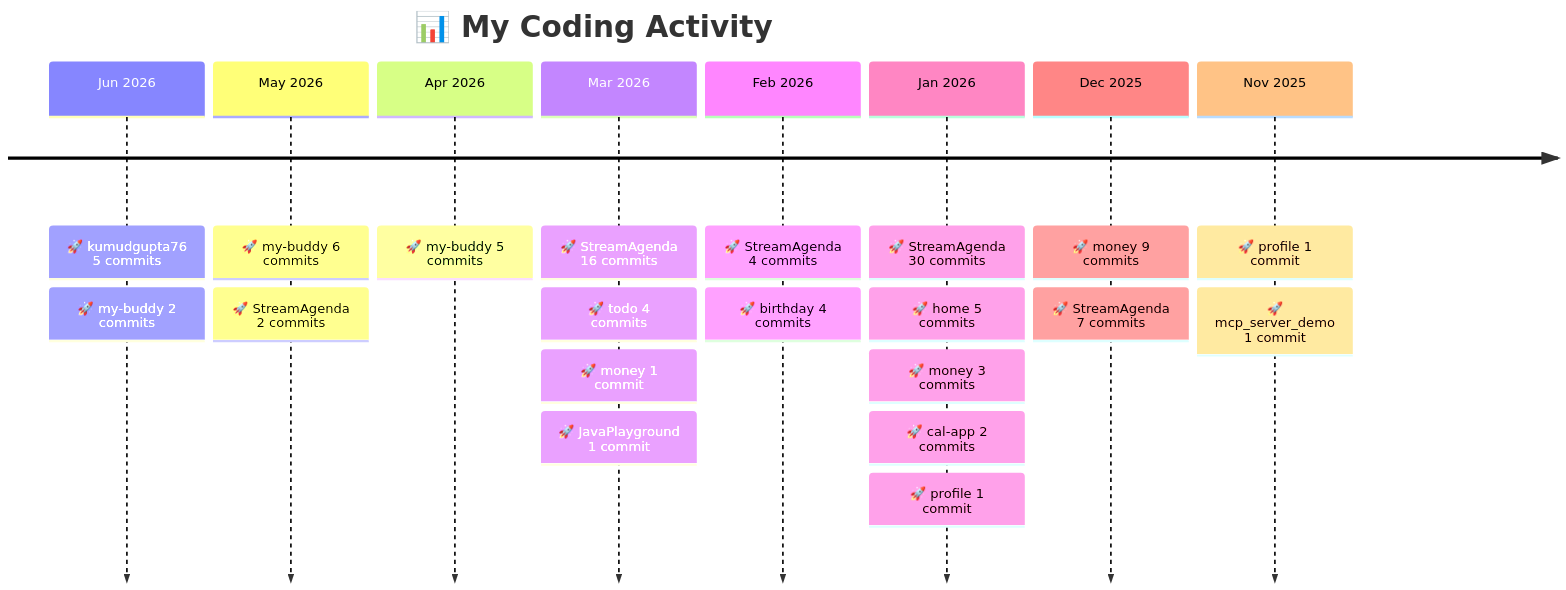
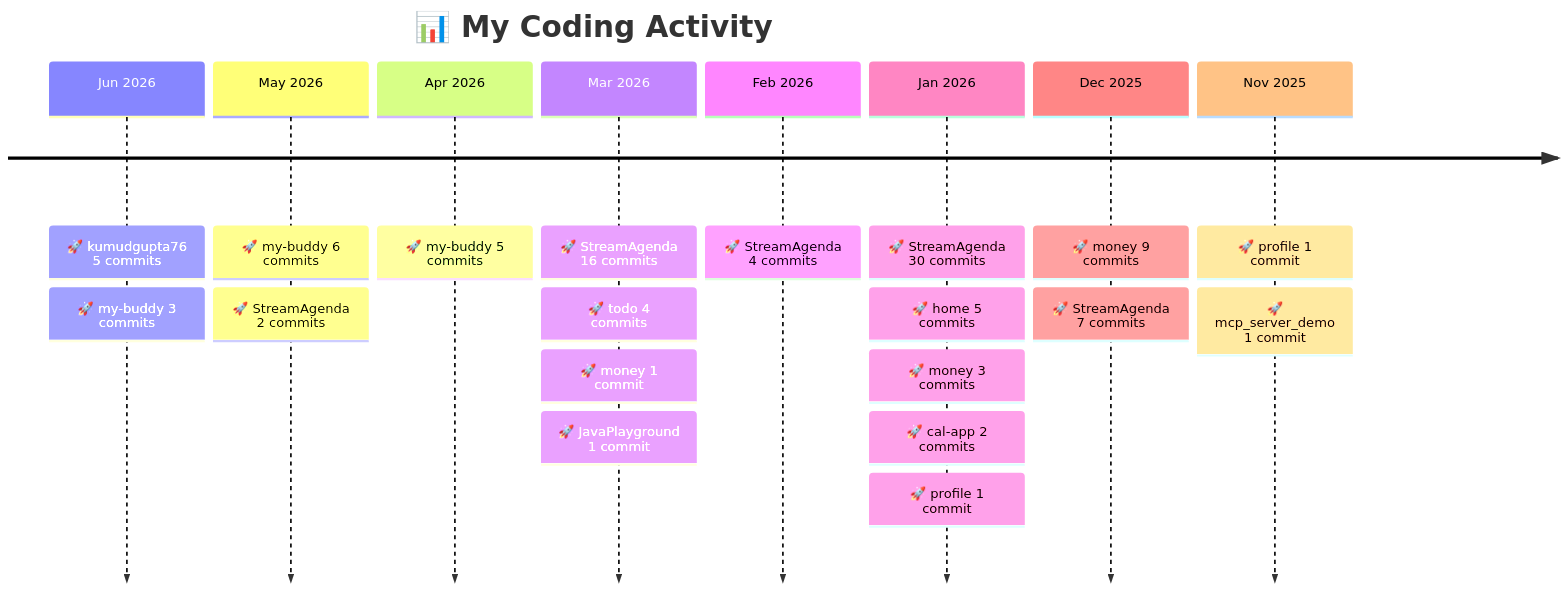
Before and after one commit to kumudgupta76/kumudgupta76: the diagram in README.md, drawn with Mermaid. The commit also changed other lines of this file, not shown here.

Commit message:
chore: update project timeline [skip ci]

````diff
--- a/README.md
+++ b/README.md
@@ -39,12 +39,12 @@
 ```mermaid
 timeline
     title 📊 My Coding Activity
-    Jun 2026 : 🚀 kumudgupta76 5 commits : 🚀 my-buddy 2 commits
+    Jun 2026 : 🚀 kumudgupta76 5 commits : 🚀 my-buddy 3 commits
     May 2026 : 🚀 my-buddy 6 commits : 🚀 StreamAgenda 2 commits
     Apr 2026 : 🚀 my-buddy 5 commits
     Mar 2026 : 🚀 StreamAgenda 16 commits : 🚀 todo 4 commits : 🚀 money 1 commit : 🚀 JavaPlayground 1 commit
-    Feb 2026 : 🚀 StreamAgenda 4 commits : 🚀 birthday 4 commits
+    Feb 2026 : 🚀 StreamAgenda 4 commits
     Jan 2026 : 🚀 StreamAgenda 30 commits : 🚀 home 5 commits : 🚀 money 3 commits : 🚀 cal-app 2 commits : 🚀 profile 1 commit
     Dec 2025 : 🚀 money 9 commits : 🚀 StreamAgenda 7 commits
     Nov 2025 : 🚀 profile 1 commit : 🚀 mcp_server_demo 1 commit
 ```
````
